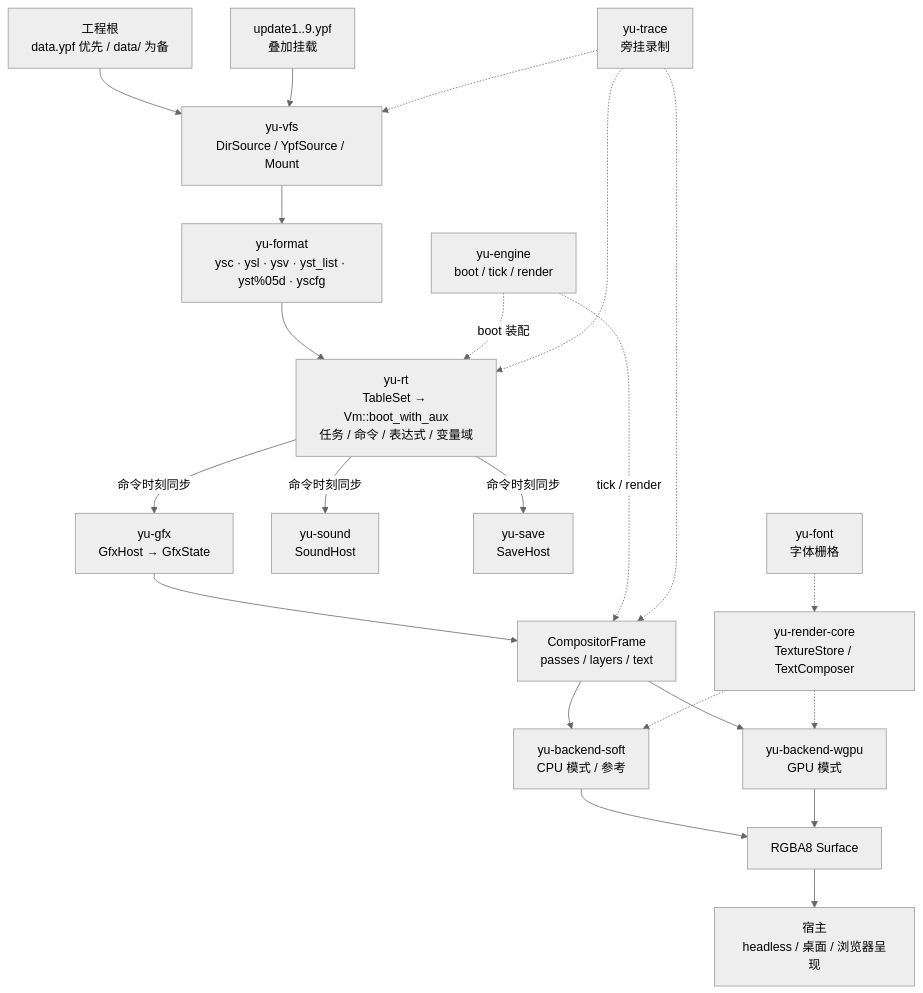
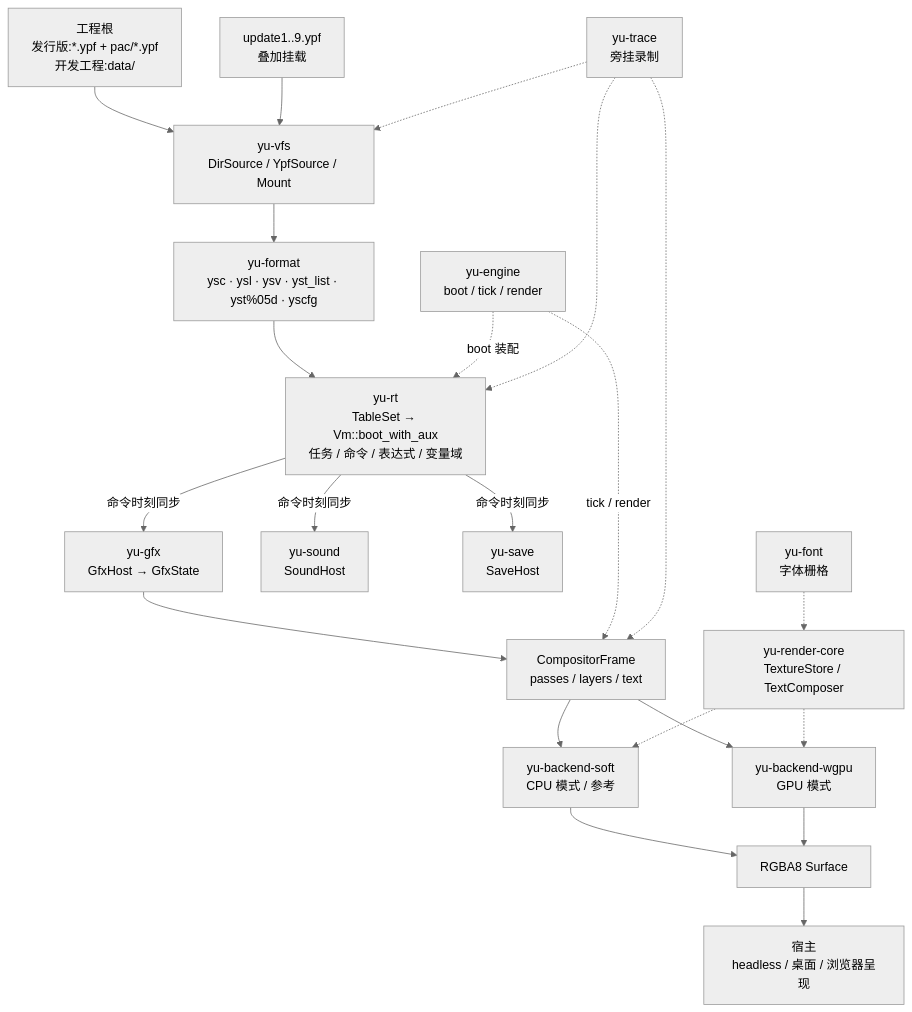
One commit to NotFaceGUI/yuris-kernel changed the diagram in README.md. Above: the diagram before and after it, drawn with Mermaid (neutral theme). The commit also changed other lines of this file and 18 other files, not shown here.

````diff
--- a/README.md
+++ b/README.md
@@ -76,41 +75,41 @@
 ```mermaid
 flowchart TD
-    PROJ["工程根<br/>data.ypf 优先 / data/ 为备"]
+    PROJ["工程根<br/>发行版:*.ypf + pac/*.ypf<br/>开发工程:data/"]
     UPD["update1..9.ypf<br/>叠加挂载"]
     VFS["yu-vfs<br/>DirSource / YpfSource / Mount"]
     FMT["yu-format<br/>ysc · ysl · ysv · yst_list · yst%05d · yscfg"]
     RT["yu-rt<br/>TableSet → Vm::boot_with_aux<br/>任务 / 命令 / 表达式 / 变量域"]
     GFX["yu-gfx<br/>GfxHost → GfxState"]
     SND["yu-sound<br/>SoundHost"]
     SAV["yu-save<br/>SaveHost"]
     CF["CompositorFrame<br/>passes / layers / text"]
     CORE["yu-render-core<br/>TextureStore / TextComposer"]
     FONT["yu-font<br/>字体栅格"]
     SOFT["yu-backend-soft<br/>CPU 模式 / 参考"]
     WGPU["yu-backend-wgpu<br/>GPU 模式"]
     SURF["RGBA8 Surface"]
     HOST["宿主<br/>headless / 桌面 / 浏览器呈现"]
     ENG["yu-engine<br/>boot / tick / render"]
     TRACE["yu-trace<br/>旁挂录制"]
 
     PROJ --> VFS
     UPD --> VFS
     VFS --> FMT --> RT
     RT -->|"命令时刻同步"| GFX
     RT -->|"命令时刻同步"| SND
     RT -->|"命令时刻同步"| SAV
     GFX --> CF
     CF --> SOFT
     CF --> WGPU
     FONT -.-> CORE
     CORE -.-> SOFT
     CORE -.-> WGPU
     SOFT --> SURF
     WGPU --> SURF
     SURF --> HOST
     ENG -.->|"boot 装配"| RT
     ENG -.->|"tick / render"| CF
     TRACE -.-> VFS
     TRACE -.-> RT
     TRACE -.-> CF
 ```
````
